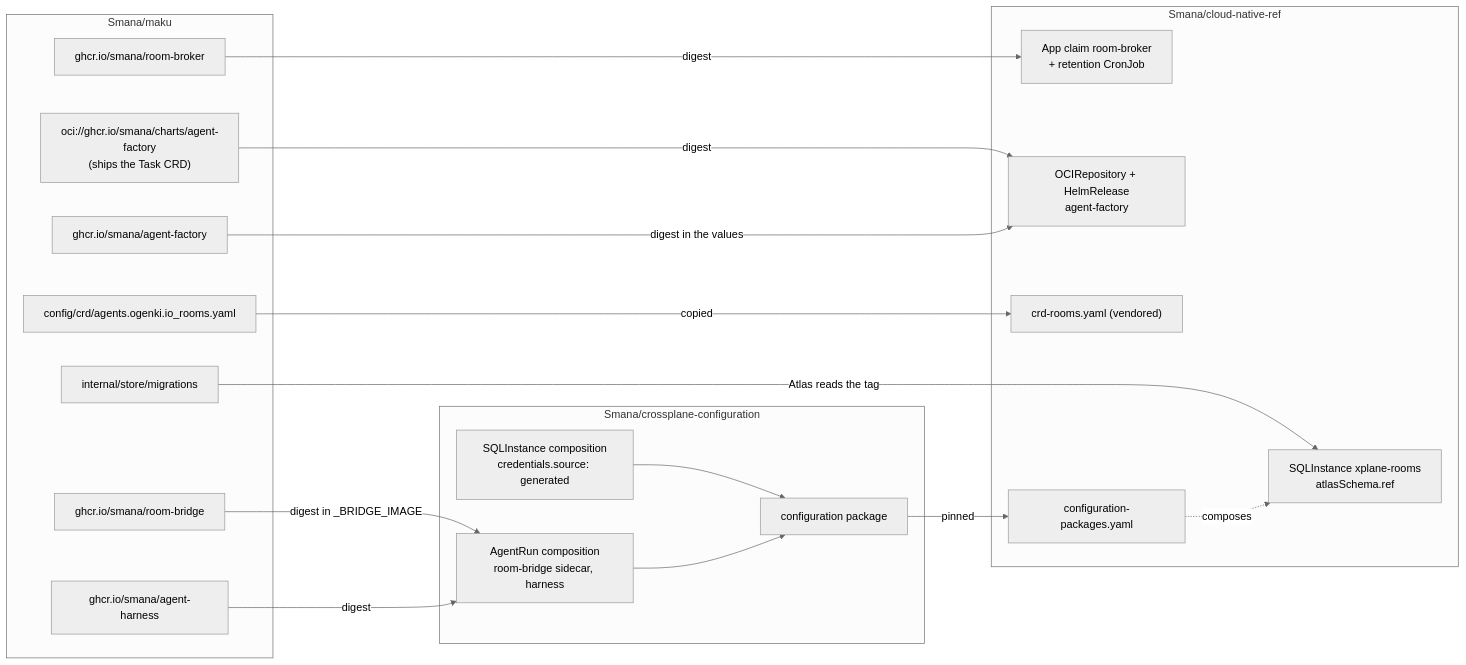
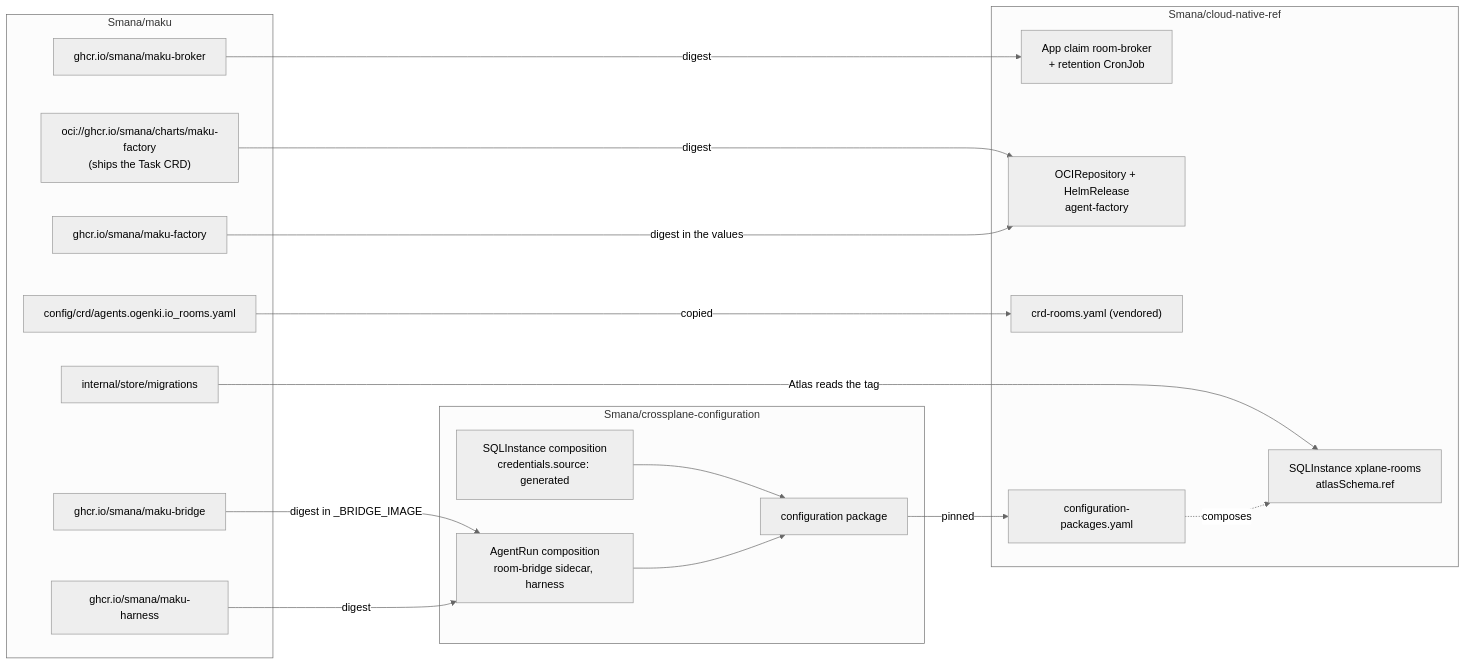
Before and after one commit to Smana/agent-platform: the first of 2 diagrams in docs/integration.md, drawn with Mermaid (neutral theme). The commit also changed other lines of this file and 140 other files, not shown here.

Commit message:
feat!: binaries, images and charts are maku-*

````diff
--- a/docs/integration.md
+++ b/docs/integration.md
@@ -10,35 +10,35 @@
 ```mermaid
 flowchart LR
   subgraph ap["Smana/maku"]
-    bimg["ghcr.io/smana/room-broker"]
-    brimg["ghcr.io/smana/room-bridge"]
-    fimg["ghcr.io/smana/agent-factory"]
-    himg["ghcr.io/smana/agent-harness"]
-    chart["oci://ghcr.io/smana/charts/agent-factory<br/>(ships the Task CRD)"]
+    bimg["ghcr.io/smana/maku-broker"]
+    brimg["ghcr.io/smana/maku-bridge"]
+    fimg["ghcr.io/smana/maku-factory"]
+    himg["ghcr.io/smana/maku-harness"]
+    chart["oci://ghcr.io/smana/charts/maku-factory<br/>(ships the Task CRD)"]
     crd["config/crd/agents.ogenki.io_rooms.yaml"]
     mig["internal/store/migrations"]
   end
   subgraph cc["Smana/crossplane-configuration"]
     sql["SQLInstance composition<br/>credentials.source: generated"]
     ar["AgentRun composition<br/>room-bridge sidecar, harness"]
     pkg["configuration package"]
   end
   subgraph cnr["Smana/cloud-native-ref"]
     app["App claim room-broker<br/>+ retention CronJob"]
     fac["OCIRepository + HelmRelease<br/>agent-factory"]
     vend["crd-rooms.yaml (vendored)"]
     claim["SQLInstance xplane-rooms<br/>atlasSchema.ref"]
     pin["configuration-packages.yaml"]
   end
   bimg -->|digest| app
   chart -->|digest| fac
   fimg -->|"digest in the values"| fac
   brimg -->|"digest in _BRIDGE_IMAGE"| ar
   himg -->|digest| ar
   crd -->|copied| vend
   mig -->|"Atlas reads the tag"| claim
   sql --> pkg
   ar --> pkg
   pkg -->|pinned| pin
   pin -.->|composes| claim
 ```
````
